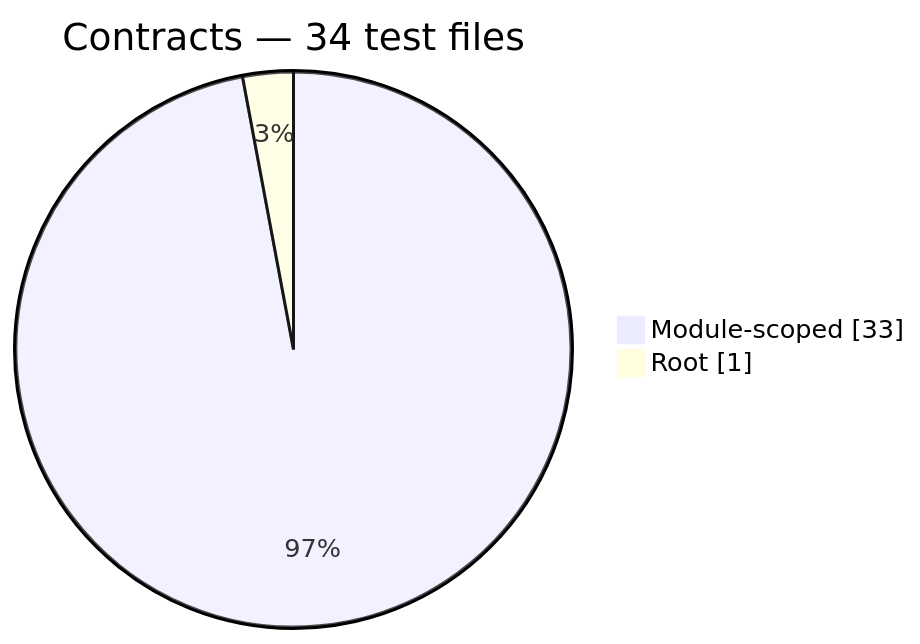
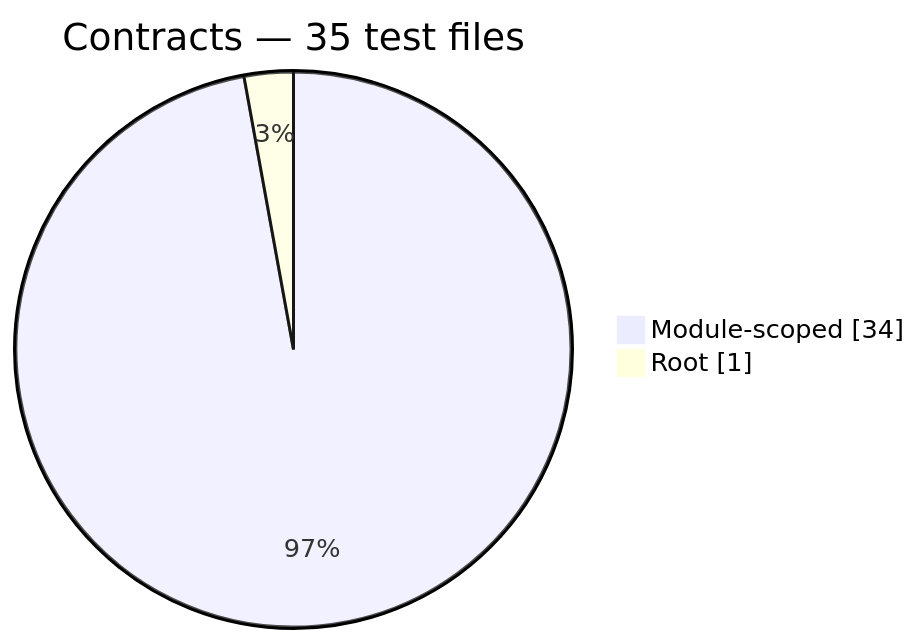
One commit to PHP-Arazzo/php-arazzo changed the first of 13 diagrams in docs/generated/test-composition.md. Above: the diagram before and after it, drawn with Mermaid. The commit also changed other lines of this file and 51 other files, not shown here.

````diff
--- a/docs/generated/test-composition.md
+++ b/docs/generated/test-composition.md
@@ -14,6 +14,6 @@
 ```mermaid
 pie showData
-    title Contracts — 34 test files
-    "Module-scoped": 33
+    title Contracts — 35 test files
+    "Module-scoped": 34
     "Root": 1
 ```
````
